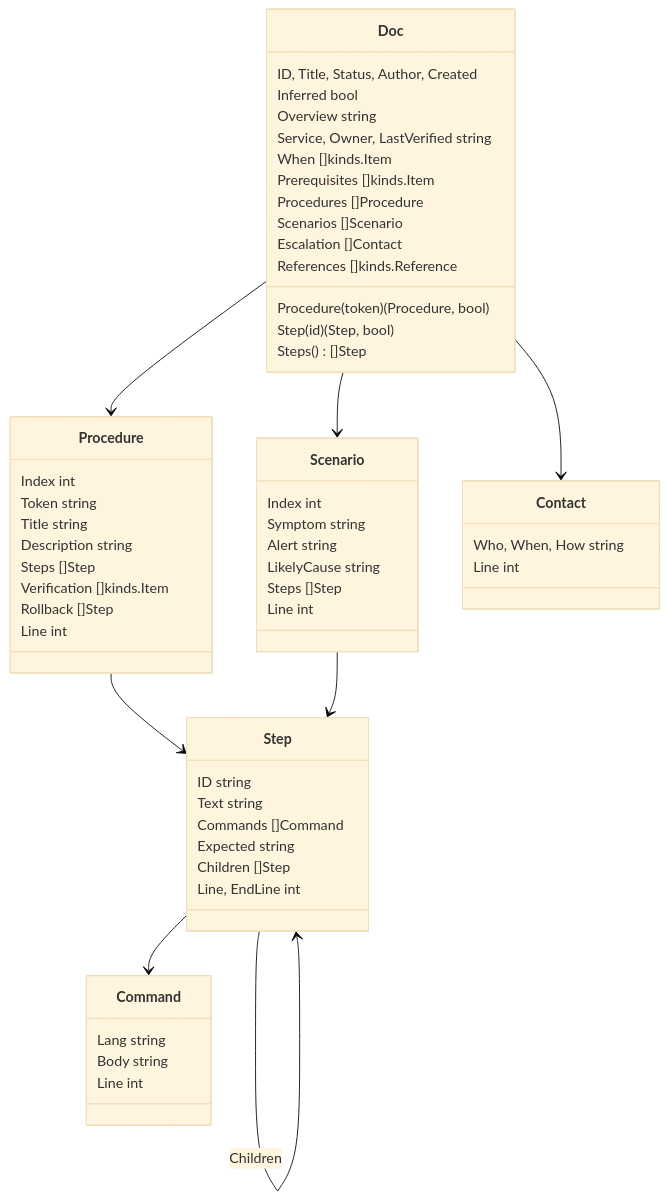
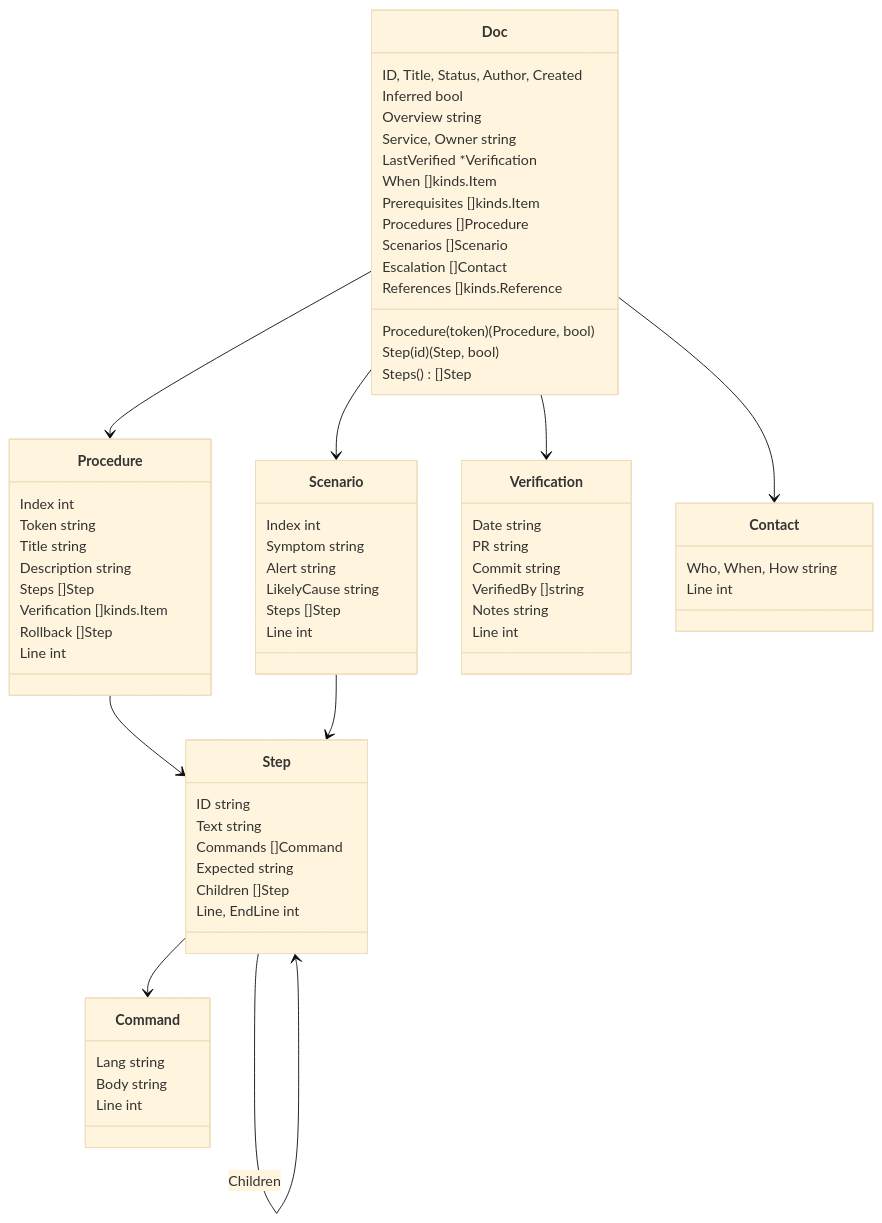
The second of 3 diagrams in docs/design/0019-runbook-a-sixth-built-in-document-type-disabled-by-default.md (donaldgifford/docz), drawn with Mermaid (base theme) before and after one commit. The commit also changed other lines of this file, not shown here.

````diff
--- a/docs/design/0019-runbook-a-sixth-built-in-document-type-disabled-by-default.md
+++ b/docs/design/0019-runbook-a-sixth-built-in-document-type-disabled-by-default.md
@@ -423,60 +457,70 @@
 ```mermaid
 classDiagram
   class Doc {
     ID, Title, Status, Author, Created
     Inferred bool
     Overview string
-    Service, Owner, LastVerified string
+    Service, Owner string
+    LastVerified *Verification
     When []kinds.Item
     Prerequisites []kinds.Item
     Procedures []Procedure
     Scenarios []Scenario
     Escalation []Contact
     References []kinds.Reference
     Procedure(token) (Procedure, bool)
     Step(id) (Step, bool)
     Steps() []Step
   }
   class Procedure {
     Index int
     Token string
     Title string
     Description string
     Steps []Step
     Verification []kinds.Item
     Rollback []Step
     Line int
   }
   class Scenario {
     Index int
     Symptom string
     Alert string
     LikelyCause string
     Steps []Step
     Line int
   }
   class Step {
     ID string
     Text string
     Commands []Command
     Expected string
     Children []Step
     Line, EndLine int
   }
+  class Verification {
+    Date string
+    PR string
+    Commit string
+    VerifiedBy []string
+    Notes string
+    Line int
+  }
   class Command {
     Lang string
     Body string
     Line int
   }
   class Contact {
     Who, When, How string
     Line int
   }
   Doc --> Procedure
   Doc --> Scenario
   Doc --> Contact
+  Doc --> Verification
   Procedure --> Step
   Scenario --> Step
   Step --> Step : Children
   Step --> Command
 ```
````
